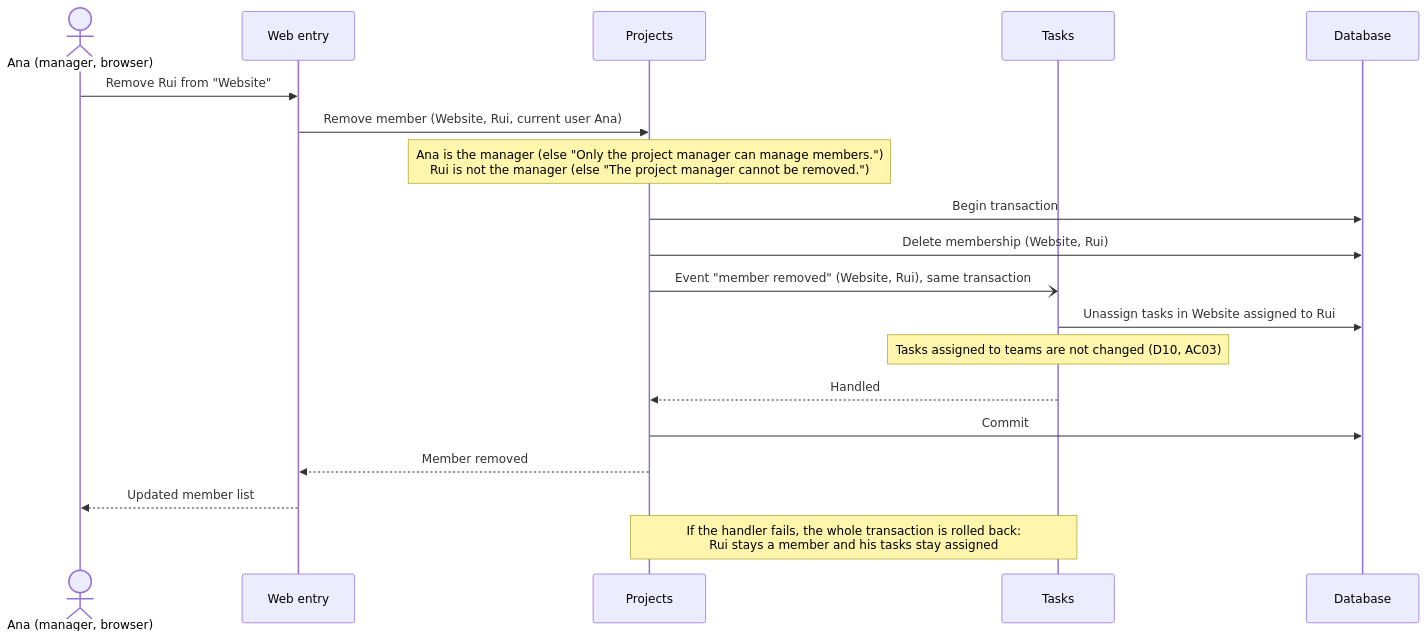
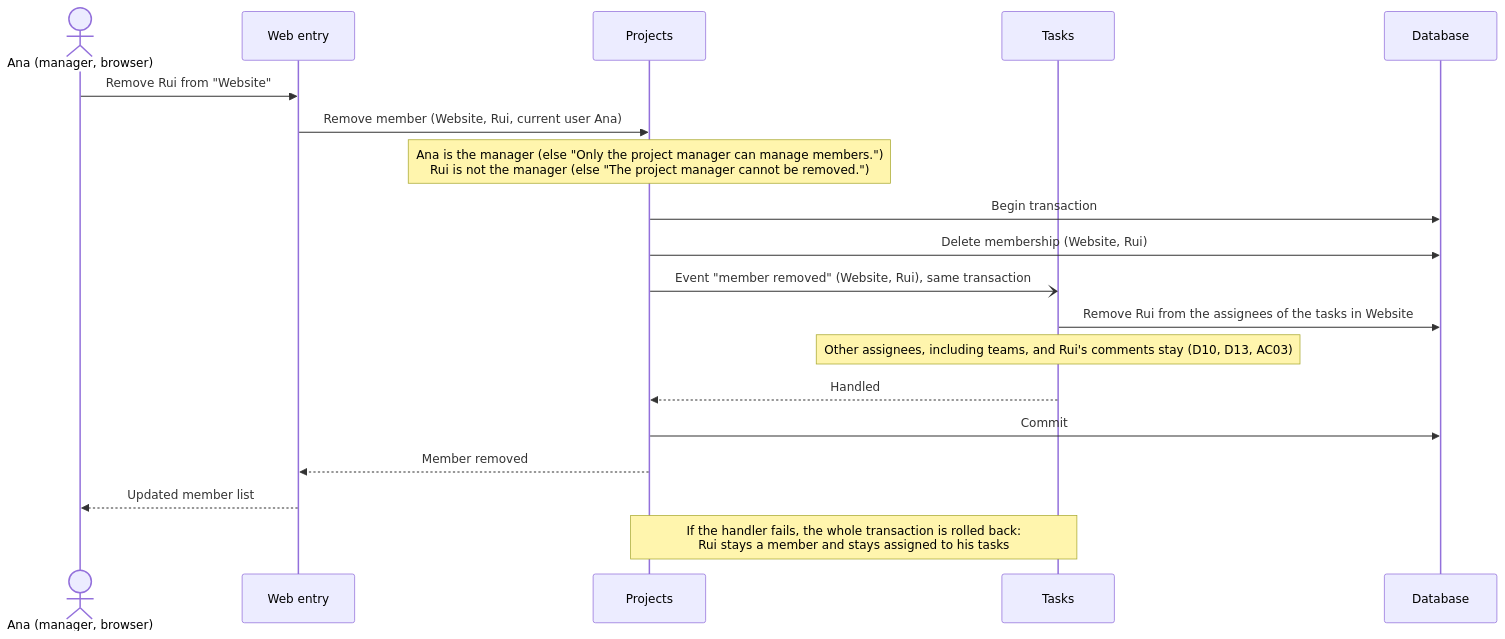
One commit to vitorhsbarros/matriz changed the fifth of 7 diagrams in docs/architecture/04-solution-architecture.md. Above: the diagram before and after it, drawn with Mermaid. The commit also changed other lines of this file and 14 other files, not shown here.

````diff
--- a/docs/architecture/04-solution-architecture.md
+++ b/docs/architecture/04-solution-architecture.md
@@ -175,21 +177,21 @@
 ```mermaid
 sequenceDiagram
     actor Ana as Ana (manager, browser)
     participant E as Web entry
     participant P as Projects
     participant T as Tasks
     participant DB as Database
     Ana->>E: Remove Rui from "Website"
     E->>P: Remove member (Website, Rui, current user Ana)
     Note over P: Ana is the manager (else "Only the project manager can manage members.")<br/>Rui is not the manager (else "The project manager cannot be removed.")
     P->>DB: Begin transaction
     P->>DB: Delete membership (Website, Rui)
     P-)T: Event "member removed" (Website, Rui), same transaction
-    T->>DB: Unassign tasks in Website assigned to Rui
-    Note over T: Tasks assigned to teams are not changed (D10, AC03)
+    T->>DB: Remove Rui from the assignees of the tasks in Website
+    Note over T: Other assignees, including teams, and Rui's comments stay (D10, D13, AC03)
     T-->>P: Handled
     P->>DB: Commit
     P-->>E: Member removed
     E-->>Ana: Updated member list
-    Note over P,T: If the handler fails, the whole transaction is rolled back:<br/>Rui stays a member and his tasks stay assigned
+    Note over P,T: If the handler fails, the whole transaction is rolled back:<br/>Rui stays a member and stays assigned to his tasks
 ```
````
